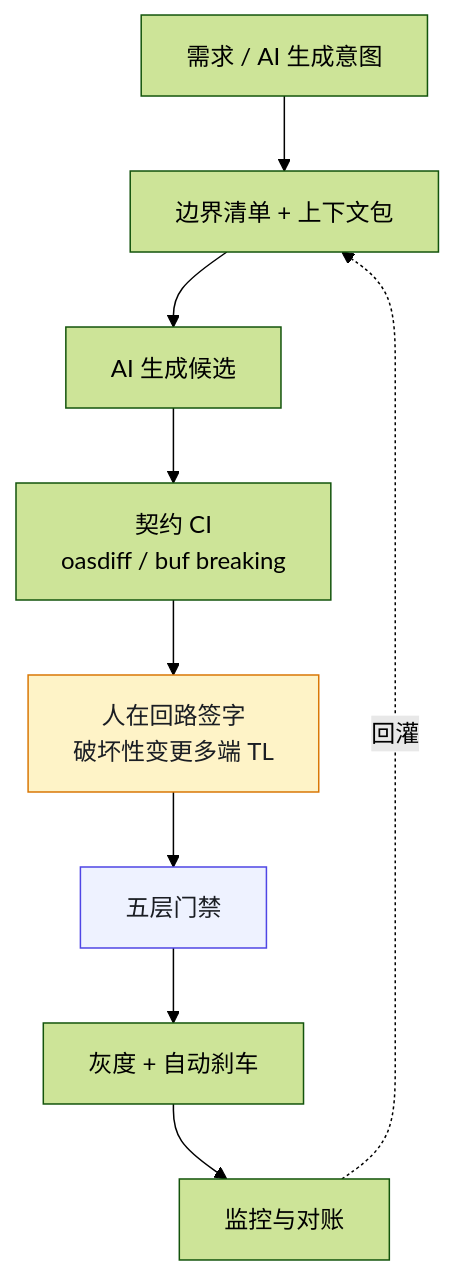
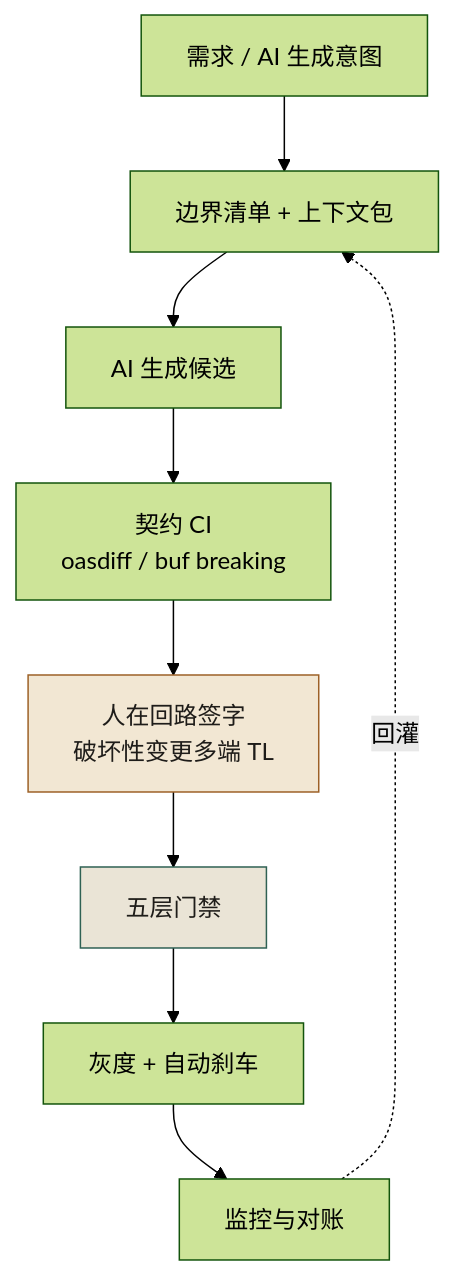
The third of 3 diagrams in docs/manuscript/ch34-案例一-300人电商平台.md (funny8kids/AI_Native_Software_Engineering), drawn with Mermaid (forest theme) before and after one commit. The commit also changed other lines of this file and 81 other files, not shown here.

````diff
--- a/docs/manuscript/ch34-案例一-300人电商平台.md
+++ b/docs/manuscript/ch34-案例一-300人电商平台.md
@@ -234,13 +234,13 @@
 ```mermaid
 flowchart TB
   INTENT[需求 / AI 生成意图] --> CTX[边界清单 + 上下文包]
   CTX --> GEN[AI 生成候选]
   GEN --> CCI[契约 CI<br/>oasdiff / buf breaking]
   CCI --> HITL[人在回路签字<br/>破坏性变更多端 TL]
   HITL --> GATE[五层门禁]
   GATE --> CANARY[灰度 + 自动刹车]
   CANARY --> OBS[监控与对账]
   OBS -.回灌.-> CTX
-  style HITL fill:#fef3c7,stroke:#d97706,color:#1a1d23
-  style GATE fill:#eef2ff,stroke:#4f46e5,color:#1a1d23
+  style HITL fill:#f2e7d3,stroke:#9d6127,color:#1e1c19
+  style GATE fill:#eae4d6,stroke:#2f6154,color:#1e1c19
 ```
````
